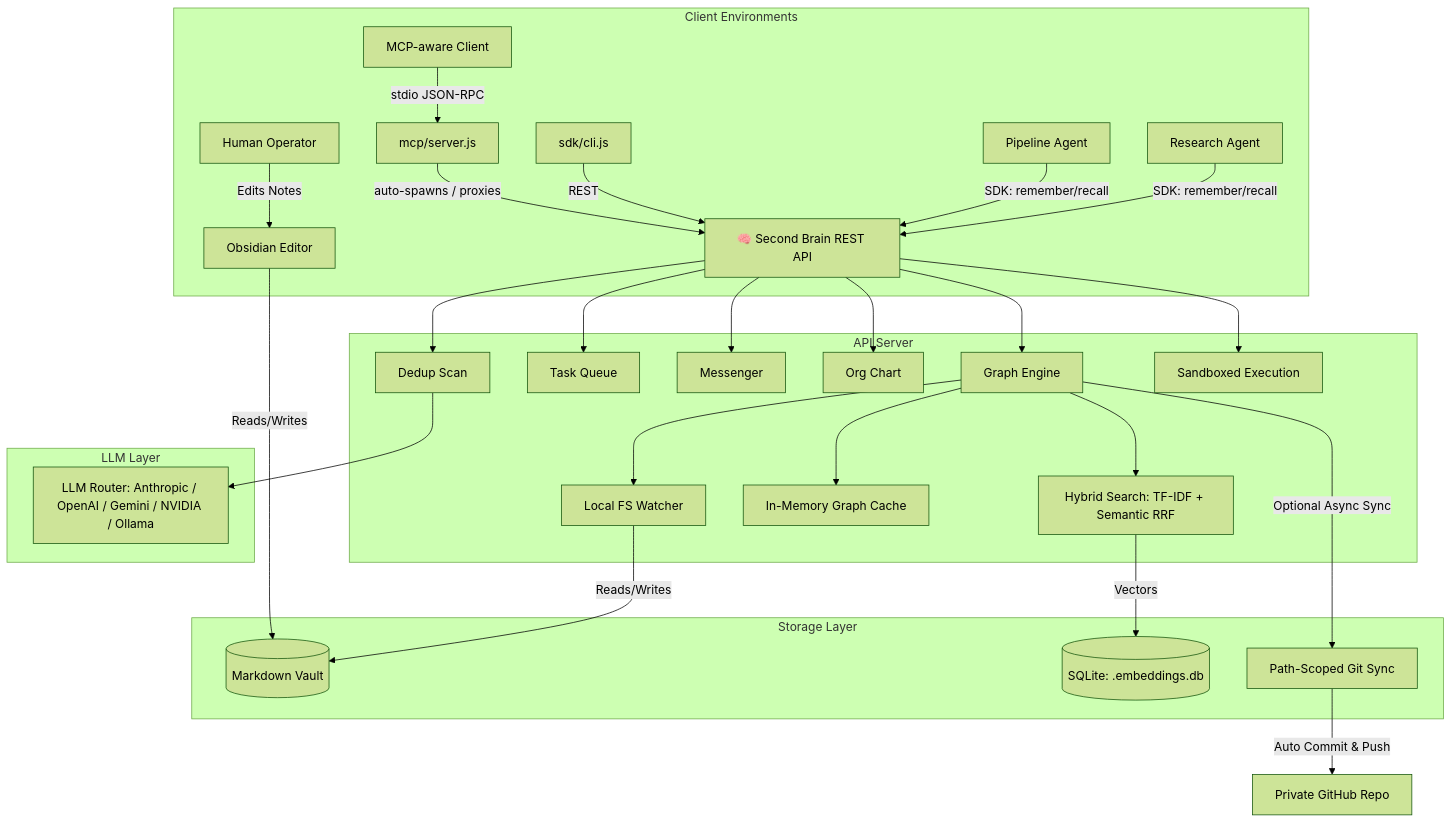
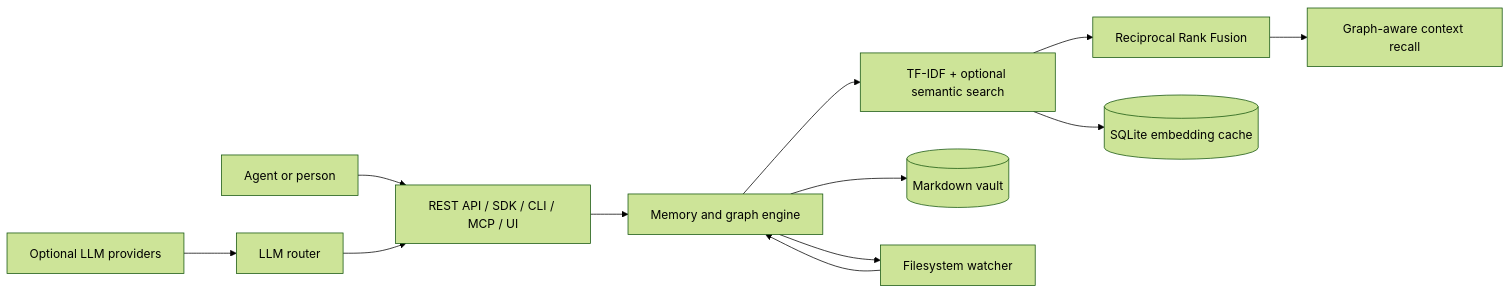
The first of 2 diagrams in README.md (Juixe7/Graph-RAG-Agent-Memory-Service), drawn with Mermaid (forest theme) before and after one commit. The commit also changed other lines of this file and 6 other files, not shown here.

````diff
--- a/README.md
+++ b/README.md
@@ -45,36 +79,14 @@
 ```mermaid
-graph TD
-    subgraph Client Environments
-        Agent1[Research Agent] -->|SDK: remember/recall| API[🧠 Second Brain REST API]
-        Agent2[Pipeline Agent] -->|SDK: remember/recall| API
-        Human[Human Operator] -->|Edits Notes| Obs[Obsidian Editor]
-        MCPClient[MCP-aware Client] -->|stdio JSON-RPC| MCP[mcp/server.js]
-        CLI[sdk/cli.js] -->|REST| API
-        MCP -->|auto-spawns / proxies| API
-    end
-
-    subgraph API Server
-        API --> Engine[Graph Engine]
-        Engine --> Search[Hybrid Search: TF-IDF + Semantic RRF]
-        Engine --> Cache[In-Memory Graph Cache]
-        Engine --> FS[Local FS Watcher]
-        API --> Tasks[Task Queue]
-        API --> Msg[Messenger]
-        API --> Org[Org Chart]
-        API --> Dedup[Dedup Scan]
-        API --> Sandbox[Sandboxed Execution]
-    end
-
-    subgraph Storage Layer
-        FS -->|Reads/Writes| Vault[(Markdown Vault)]
-        Search -->|Vectors| EmbedDB[(SQLite: .embeddings.db)]
-        Obs -->|Reads/Writes| Vault
-        Engine -->|Optional Async Sync| Git[Path-Scoped Git Sync]
-    end
-
-    subgraph LLM Layer
-        Dedup --> Router[LLM Router: Anthropic / OpenAI / Gemini / NVIDIA / Ollama]
-    end
-
-    Git -->|Auto Commit & Push| GitHub[Private GitHub Repo]
+flowchart LR
+    Client[Agent or person] --> Interfaces[REST API / SDK / CLI / MCP / UI]
+    Interfaces --> Engine[Memory and graph engine]
+    Engine --> Search[TF-IDF + optional semantic search]
+    Search --> RRF[Reciprocal Rank Fusion]
+    RRF --> Recall[Graph-aware context recall]
+    Engine --> Vault[(Markdown vault)]
+    Search --> Cache[(SQLite embedding cache)]
+    Engine --> Watcher[Filesystem watcher]
+    Watcher --> Engine
+    Optional[Optional LLM providers] --> Router[LLM router]
+    Router --> Interfaces
 ```
````
